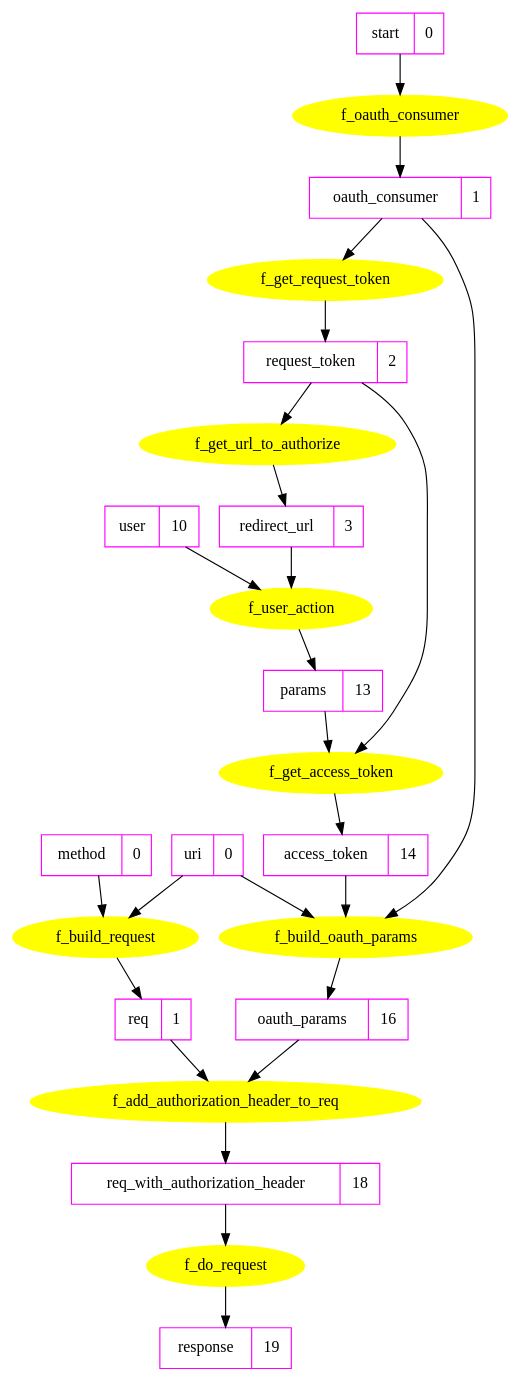
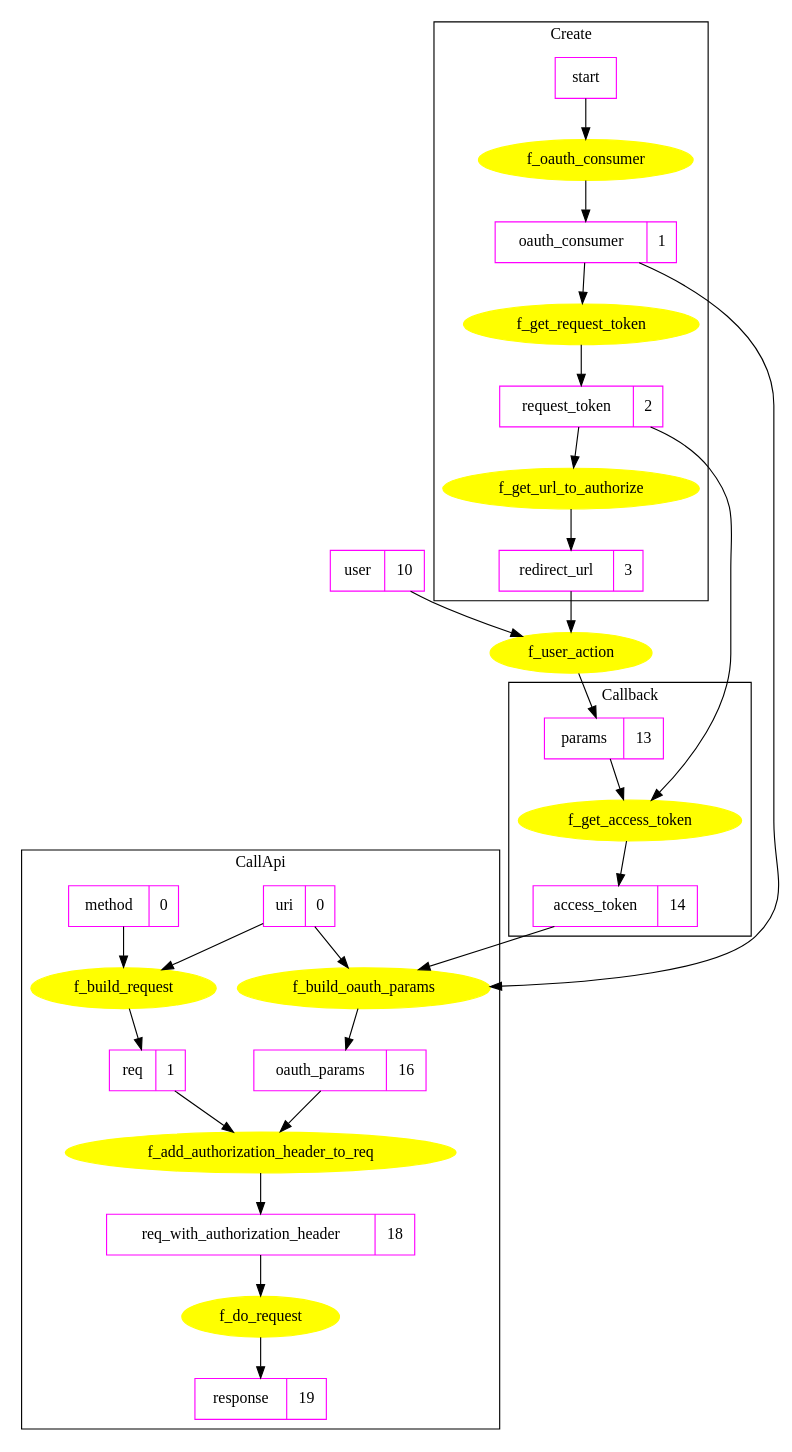
One commit to craccho/maiz changed the diagram in doc/program.dot. Above: the diagram before and after it, drawn with Graphviz. The commit also changed 6 other files, not shown here.

Commit message:
use env instance update diagram

```diff
--- a/doc/program.dot
+++ b/doc/program.dot
@@ -1,47 +1,58 @@
 digraph {
     node [shape=oval color="#ffff00" style=filled];
     f_oauth_consumer; f_get_request_token;
     f_get_url_to_authorize; f_get_access_token;
     f_user_action;
     f_build_request; f_build_oauth_params;
     f_add_authorization_header_to_req;
     f_do_request;
 
     node [shape="record" color="#ff00ff" style=""];
-    start [label="start|0" ];
     method [label="method|0" ];
     uri [label="uri|0" ];
     req [label="req|1" ];
     oauth_consumer [label="oauth_consumer|1" ];
     request_token [label="request_token|2" ];
     redirect_url [label="redirect_url|3" ];
     user [label="user|10" ];
     params [label="params|13" ];
     access_token [label="access_token|14" ];
     oauth_params [label="oauth_params|16" ];
     req_with_authorization_header [label="req_with_authorization_header|18" ];
     response [label="response|19" ];
 
-    start -> f_oauth_consumer;
-    f_oauth_consumer -> oauth_consumer;
-    oauth_consumer -> f_get_request_token;
-    f_get_request_token -> request_token;
-    // {session, request_token} -> session [label = "save_request_token_to_session"];
-    request_token -> f_get_url_to_authorize;
-    f_get_url_to_authorize -> redirect_url;
-    // {oauth_consumer, session} -> request_token [label = "extract_request_token"];
-    {request_token, params} -> f_get_access_token;
-    f_get_access_token -> access_token;
-    // {access_token, session} -> session [label = "store_access_token_to_session"];
+    subgraph clusterCreate {
+        label = "Create"
+        start -> f_oauth_consumer;
+        f_oauth_consumer -> oauth_consumer;
+        oauth_consumer -> f_get_request_token;
+        f_get_request_token -> request_token;
+        // {session, request_token} -> session [label = "save_request_token_to_session"];
+        request_token -> f_get_url_to_authorize;
+        f_get_url_to_authorize -> redirect_url;
+    }
+
+    subgraph clusterCallback {
+        label = "Callback"
+        // {oauth_consumer, session} -> request_token [label = "extract_request_token"];
+        {request_token, params} -> f_get_access_token;
+        f_get_access_token -> access_token;
+        // {access_token, session} -> session [label = "store_access_token_to_session"];
+    }
+
     {redirect_url, user} -> f_user_action;
     f_user_action -> params;
 
-    {uri, method} -> f_build_request;
-    f_build_request -> req;
-    {oauth_consumer, access_token, uri} -> f_build_oauth_params;
-    f_build_oauth_params -> oauth_params;
-    {oauth_params, req} -> f_add_authorization_header_to_req;
-    f_add_authorization_header_to_req -> req_with_authorization_header;
-    req_with_authorization_header -> f_do_request;
-    f_do_request -> response;
+    subgraph clusterCallApi {
+        label = "CallApi"
+        {uri, method} -> f_build_request;
+        f_build_request -> req;
+        {oauth_consumer, access_token, uri} -> f_build_oauth_params;
+        f_build_oauth_params -> oauth_params;
+        {oauth_params, req} -> f_add_authorization_header_to_req;
+        f_add_authorization_header_to_req -> req_with_authorization_header;
+        req_with_authorization_header -> f_do_request;
+        f_do_request -> response;
+    }
+
 }
```
